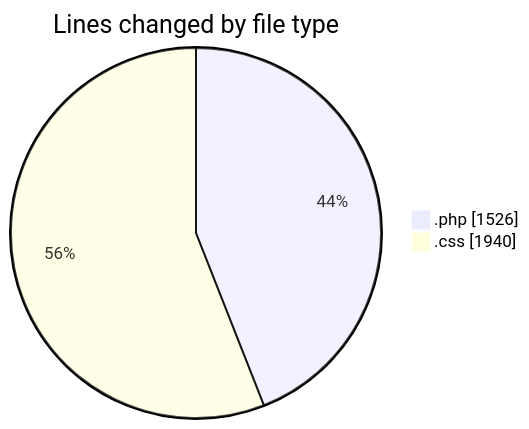
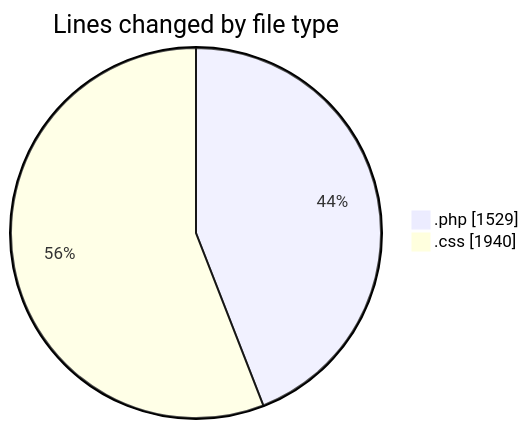
Before and after one commit to debugP/code-tracking: the first of 2 diagrams in 2025-10-23/untitled__workspace_/README.md, drawn with Mermaid. The commit also changed other lines of this file and 1 other file, not shown here.

````diff
--- a/2025-10-23/untitled__workspace_/README.md
+++ b/2025-10-23/untitled__workspace_/README.md
@@ -22,6 +22,6 @@
 ```mermaid
 pie showData
 title Lines changed by file type
-".php" : 1526
+".php" : 1529
 ".css" : 1940
 ```
````
